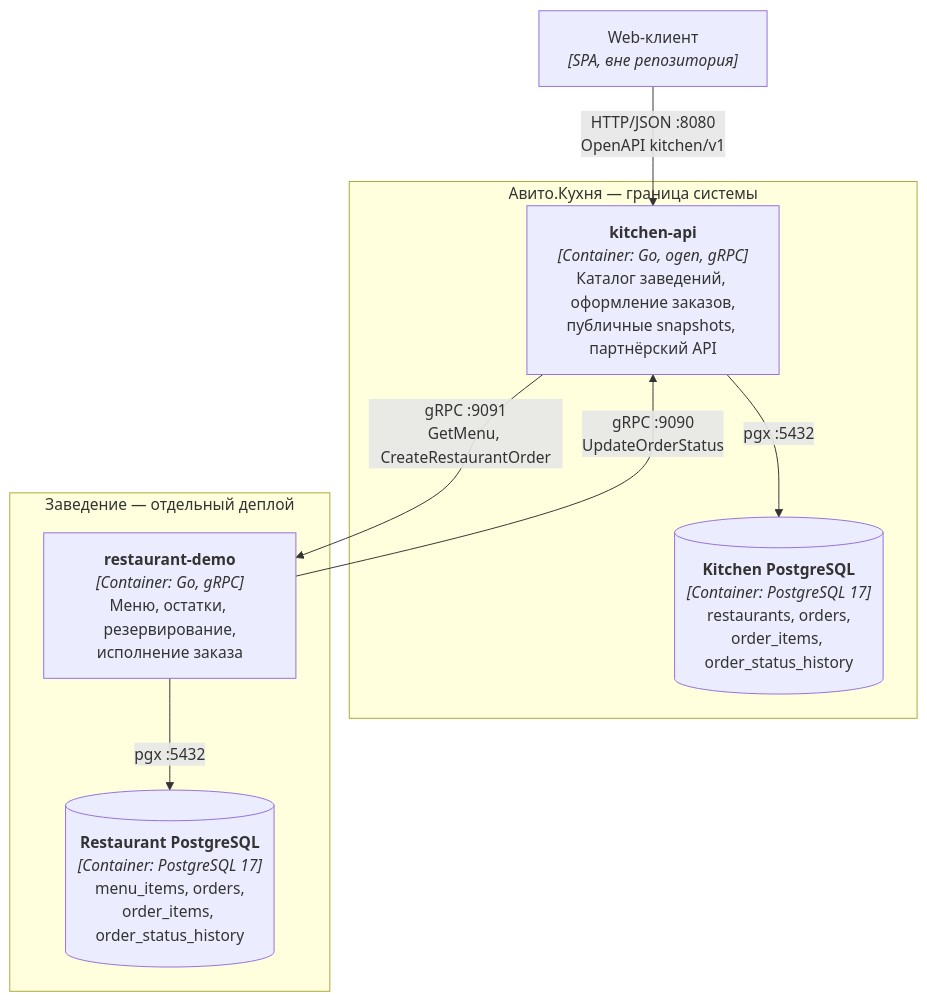
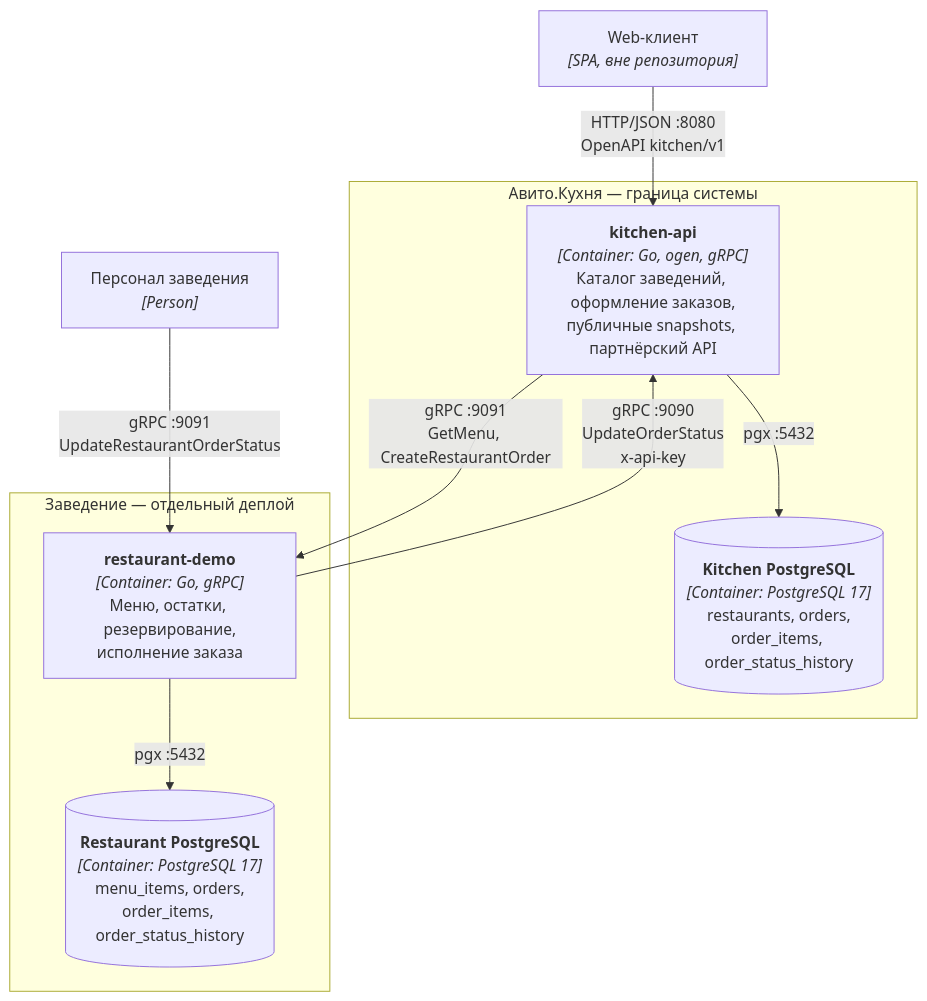
Before and after one commit to LolFolUp/avito: the sixth of 10 diagrams in README.md, drawn with Mermaid. The commit also changed other lines of this file and 11 other files, not shown here.

````diff
--- a/README.md
+++ b/README.md
@@ -215,20 +232,22 @@
 ```mermaid
 flowchart TB
     Web["Web-клиент<br/><i>[SPA, вне репозитория]</i>"]
+    Staff["Персонал заведения<br/><i>[Person]</i>"]
 
     subgraph platform["Авито.Кухня — граница системы"]
         KitchenAPI["<b>kitchen-api</b><br/><i>[Container: Go, ogen, gRPC]</i><br/>Каталог заведений, оформление заказов,<br/>публичные snapshots, партнёрский API"]
         KitchenDB[("<b>Kitchen PostgreSQL</b><br/><i>[Container: PostgreSQL 17]</i><br/>restaurants, orders,<br/>order_items, order_status_history")]
     end
 
     subgraph venue["Заведение — отдельный деплой"]
         Demo["<b>restaurant-demo</b><br/><i>[Container: Go, gRPC]</i><br/>Меню, остатки, резервирование,<br/>исполнение заказа"]
         DemoDB[("<b>Restaurant PostgreSQL</b><br/><i>[Container: PostgreSQL 17]</i><br/>menu_items, orders,<br/>order_items, order_status_history")]
     end
 
     Web -->|"HTTP/JSON :8080<br/>OpenAPI kitchen/v1"| KitchenAPI
     KitchenAPI -->|"pgx :5432"| KitchenDB
     KitchenAPI -->|"gRPC :9091<br/>GetMenu, CreateRestaurantOrder"| Demo
-    Demo -->|"gRPC :9090<br/>UpdateOrderStatus"| KitchenAPI
+    Staff -->|"gRPC :9091<br/>UpdateRestaurantOrderStatus"| Demo
+    Demo -->|"gRPC :9090<br/>UpdateOrderStatus<br/>x-api-key"| KitchenAPI
     Demo -->|"pgx :5432"| DemoDB
 ```
````
